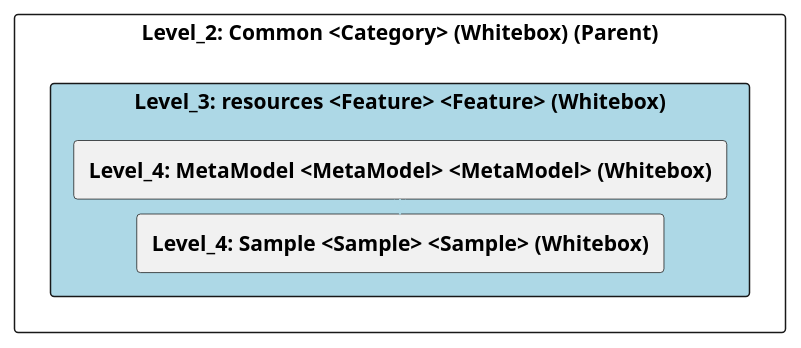
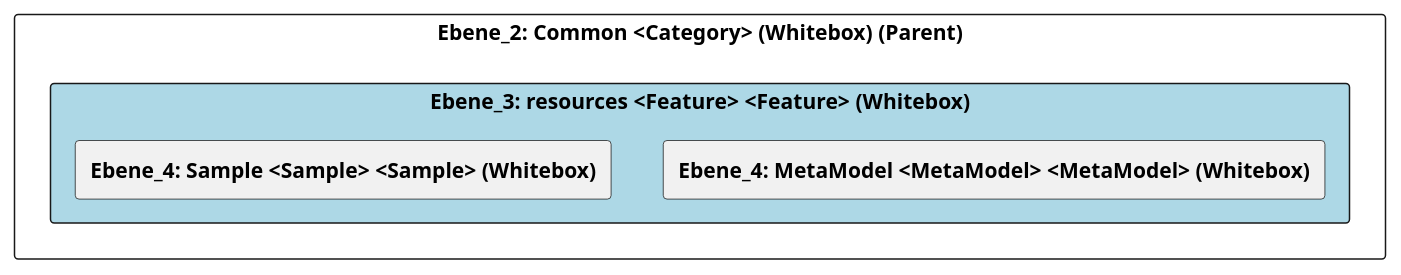
The diagram in doc/cleonproject_deliverables_architecture_model_architecture/adoc/de/05_bausteinsicht/cleon/common/resources/ebene_3_resources.adoc (marcozwyssig/cleon), drawn with PlantUML before and after one commit. The commit also changed other lines of this file and 150 other files, not shown here.

```diff
--- a/doc/cleonproject_deliverables_architecture_model_architecture/adoc/de/05_bausteinsicht/cleon/common/resources/ebene_3_resources.adoc
+++ b/doc/cleonproject_deliverables_architecture_model_architecture/adoc/de/05_bausteinsicht/cleon/common/resources/ebene_3_resources.adoc
@@ -20,28 +20,25 @@
-[plantuml, Level_3: resources <Feature> <Feature> (Whitebox)BlockOverview, format="svg"]
+[plantuml, Ebene_3: resources <Feature> <Feature> (Whitebox)BlockOverview, format="svg"]
 ----
-@startuml Level_3: resources <Feature> <Feature> (Whitebox)BuildingBlockOverview
+@startuml Ebene_3: resources <Feature> <Feature> (Whitebox)BuildingBlockOverview
 
 skinparam ranksep 10
 skinparam componentStyle rectangle
 skinparam shadowing false
 skinparam arrowColor lightblue
 skinparam arrowThickness 1.2
 skinparam rectangle {
   BackgroundColor White
   BorderColor #333
   RoundCorner 10
 }
 top to bottom direction
 
-component "Level_2: Common <Category> (Whitebox) (Parent)" {
-    component "Level_3: resources <Feature> <Feature> (Whitebox)" #lightblue {
-        [**Level_4: MetaModel <MetaModel> <MetaModel> (Whitebox)**] as 4A56DE3B_D579_11EE_903E_9F564E4DE07E
-        [**Level_4: Sample <Sample> <Sample> (Whitebox)**] as 4A570573_D579_11EE_903E_9F564E4DE07E
+component "Ebene_2: Common <Category> (Whitebox) (Parent)" {
+    component "Ebene_3: resources <Feature> <Feature> (Whitebox)" #lightblue {
+        [**Ebene_4: MetaModel <MetaModel> <MetaModel> (Whitebox)**] as 4A56DE3B_D579_11EE_903E_9F564E4DE07E
+        [**Ebene_4: Sample <Sample> <Sample> (Whitebox)**] as 4A570573_D579_11EE_903E_9F564E4DE07E
     }
-
-    4A56DE3B_D579_11EE_903E_9F564E4DE07E -down-> 4A570573_D579_11EE_903E_9F564E4DE07E
-    
 }
 
 @enduml
 ----
```
